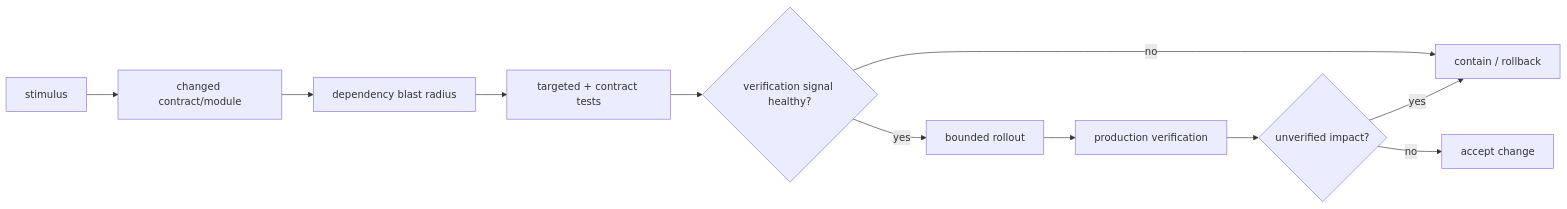
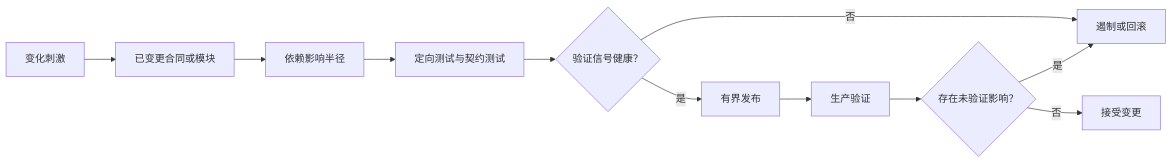
The diagram in content/quality-attributes/qa-06-maintainability-modifiability-testability.mdx (sealday/tego-arch), drawn with Mermaid before and after one commit. The commit also changed other lines of this file and 20 other files, not shown here.

````diff
--- a/content/quality-attributes/qa-06-maintainability-modifiability-testability.mdx
+++ b/content/quality-attributes/qa-06-maintainability-modifiability-testability.mdx
@@ -107,13 +107,13 @@
 ```mermaid
 flowchart LR
-  S[stimulus] --> C[changed contract/module]
-  C --> D[dependency blast radius]
-  D --> T[targeted + contract tests]
-  T --> G{verification signal healthy?}
-  G -- yes --> R[bounded rollout]
-  R --> P[production verification]
-  G -- no --> K[contain / rollback]
-  P --> U{unverified impact?}
-  U -- yes --> K
-  U -- no --> E[accept change]
+  S[变化刺激] --> C[已变更合同或模块]
+  C --> D[依赖影响半径]
+  D --> T[定向测试与契约测试]
+  T --> G{验证信号健康？}
+  G -- 是 --> R[有界发布]
+  R --> P[生产验证]
+  G -- 否 --> K[遏制或回滚]
+  P --> U{存在未验证影响？}
+  U -- 是 --> K
+  U -- 否 --> E[接受变更]
 ```
````
